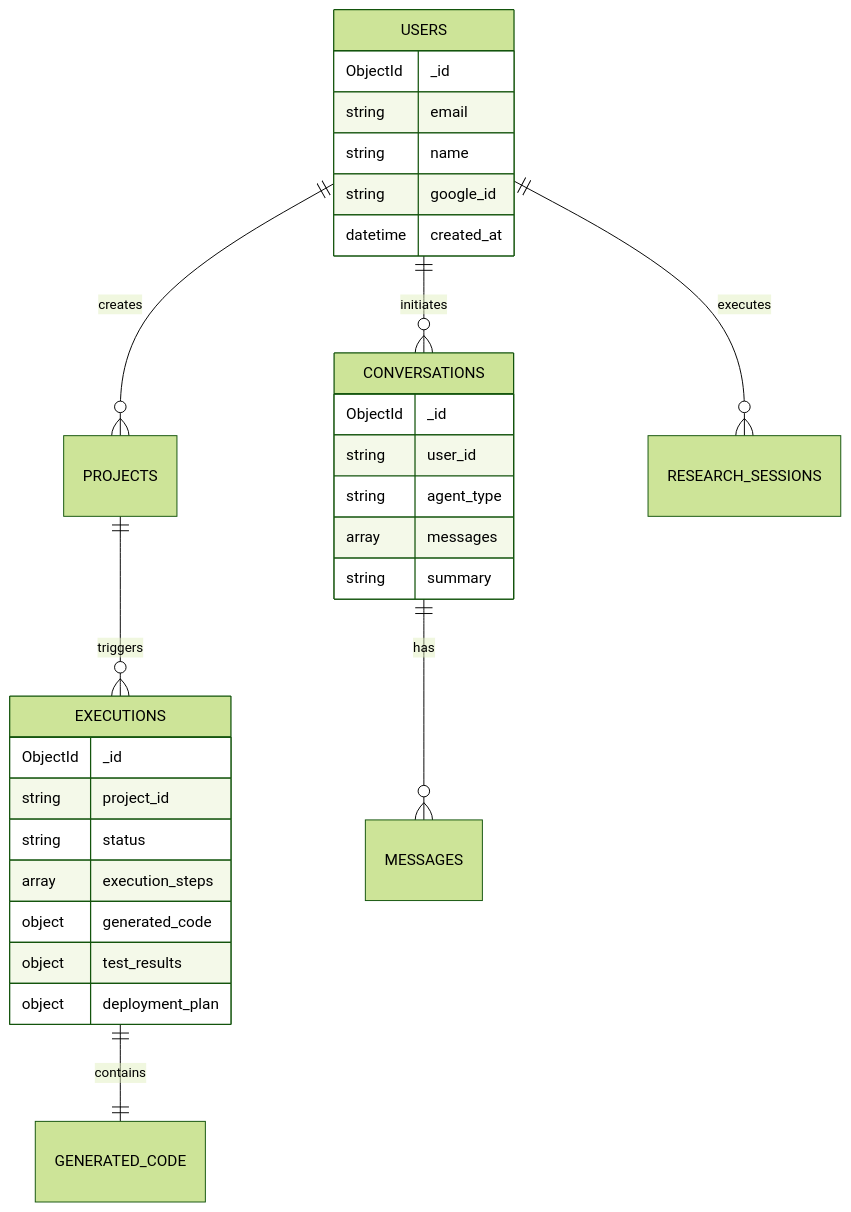
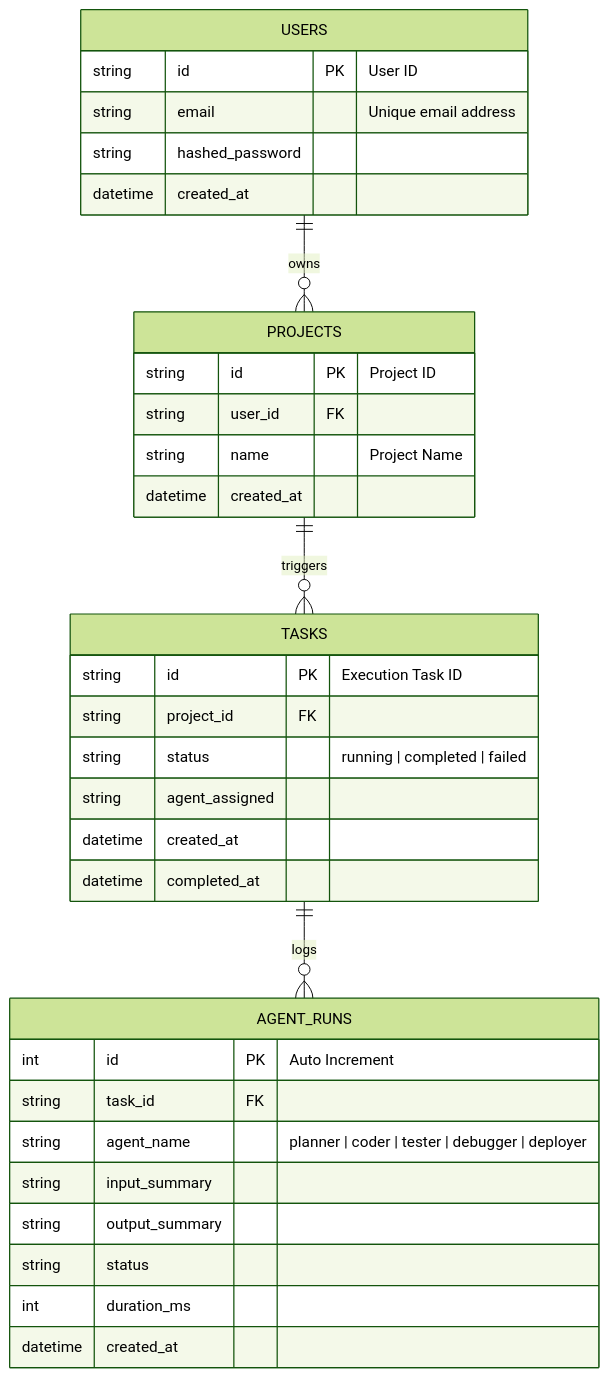
The diagram in README.md (Himanshuyadav37/AetheraAI), drawn with Mermaid (forest theme) before and after one commit. The commit also changed other lines of this file and 61 other files, not shown here.

````diff
--- a/README.md
+++ b/README.md
@@ -613,33 +142,37 @@
 ```mermaid
 erDiagram
-    USERS ||--o{ PROJECTS : creates
-    USERS ||--o{ CONVERSATIONS : initiates
-    USERS ||--o{ RESEARCH_SESSIONS : executes
-    PROJECTS ||--o{ EXECUTIONS : triggers
-    EXECUTIONS ||--|| GENERATED_CODE : contains
-    CONVERSATIONS ||--o{ MESSAGES : has
+    USERS ||--o{ PROJECTS : owns
+    PROJECTS ||--o{ TASKS : triggers
+    TASKS ||--o{ AGENT_RUNS : logs
 
     USERS {
-        ObjectId _id
-        string email
-        string name
-        string google_id
+        string id PK "User ID"
+        string email "Unique email address"
+        string hashed_password
         datetime created_at
     }
-    EXECUTIONS {
-        ObjectId _id
-        string project_id
+    PROJECTS {
+        string id PK "Project ID"
+        string user_id FK
+        string name "Project Name"
+        datetime created_at
+    }
+    TASKS {
+        string id PK "Execution Task ID"
+        string project_id FK
+        string status "running | completed | failed"
+        string agent_assigned
+        datetime created_at
+        datetime completed_at
+    }
+    AGENT_RUNS {
+        int id PK "Auto Increment"
+        string task_id FK
+        string agent_name "planner | coder | tester | debugger | deployer"
+        string input_summary
+        string output_summary
         string status
-        array execution_steps
-        object generated_code
-        object test_results
-        object deployment_plan
-    }
-    CONVERSATIONS {
-        ObjectId _id
-        string user_id
-        string agent_type
-        array messages
-        string summary
+        int duration_ms
+        datetime created_at
     }
 ```
````
